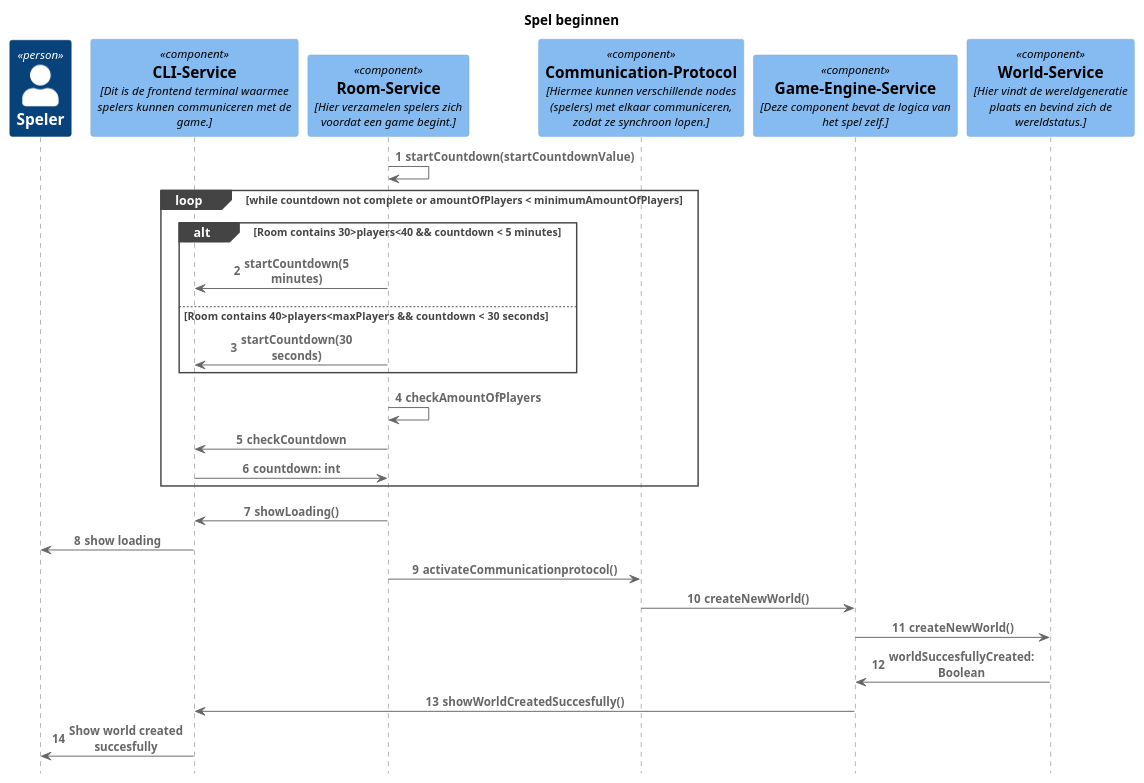
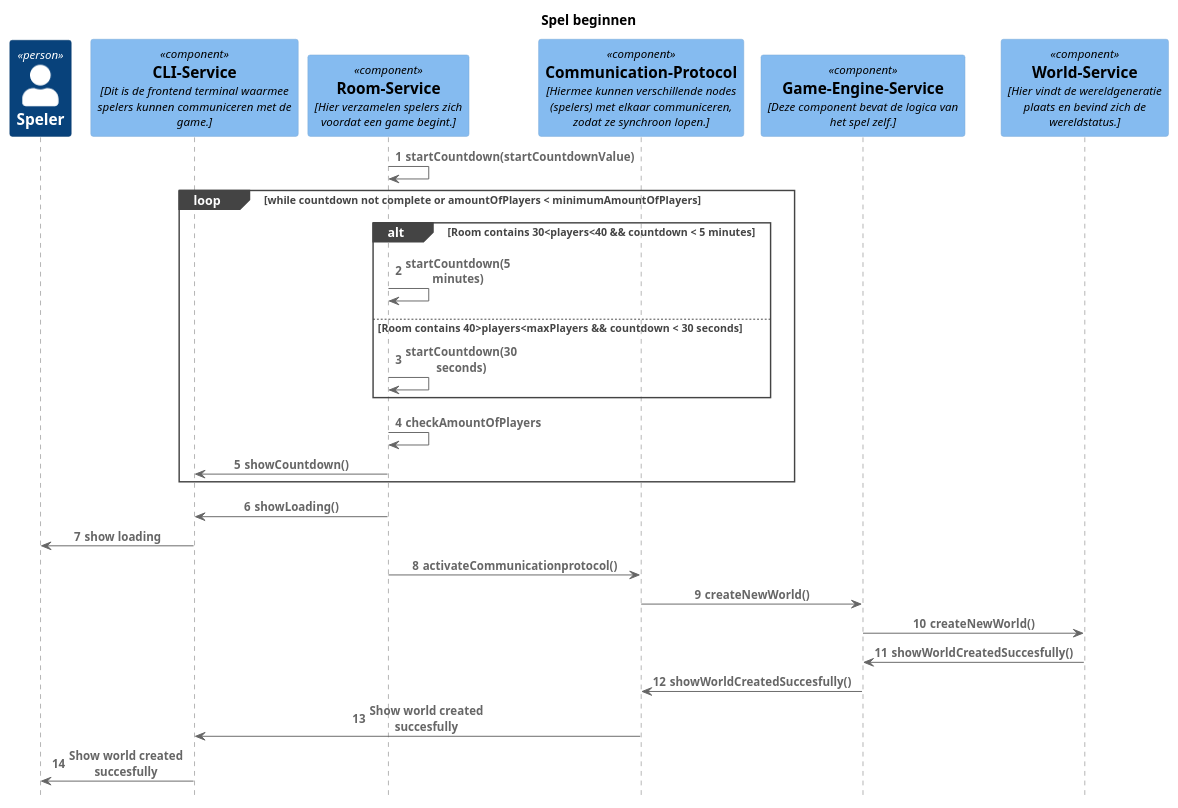
Before and after one commit to DaanBannaan/SAD-sequentie: the diagram in SpelBeginnen.puml, drawn with PlantUML.

Commit message:
aanpassen spelBeginnen aan top down

```diff
--- a/SpelBeginnen.puml
+++ b/SpelBeginnen.puml
@@ -1,62 +1,62 @@
 @startuml
 !include https://raw.githubusercontent.com/plantuml-stdlib/C4-PlantUML/master/C4_Sequence.puml
 
 autonumber
 
 'Person(user, "Speler")
 'Component(configuration, "Configuration-Service", "Hier kan het gedrag van een agent aangepast worden en kunnen nieuwe modules toegevoegd worden.")
 'Component(world, "World-Service", "Hier vindt de wereldgeneratie plaats en bevind zich de wereldstatus.")
 'Component(engine, "Game-Engine-Service", "Deze component bevat de logica van het spel zelf.")
 'Component(agent, "Agent-Service", "Deze component bevat de logica van een agent.")
 'Component(player, "Player-Service", "Deze component bevat de logica van een karakter.")
 'Component(monster, "Monster-Service", "Deze component bevat de logica van een monster.")
 'Component(save, "Save-and-Load-Service", "Deze component regelt het laden en opslaan van het spel.")
 'Component(communication, "Communication-Protocol", "Hiermee kunnen verschillende nodes (spelers) met elkaar communiceren, zodat ze synchroon lopen.")
 'Component(cli, "CLI-Service", "Dit is de frontend terminal waarmee spelers kunnen communiceren met de game.")
 'Component(chat, "Chat-Service", "Via dit component kunnen spelers met elkaar chatten.")
 'Component(logging, "Logging-Service", "Hier worden CPU gebruik, RAM gebruik, aantal spelers, netwerkvertraging, connecties, gevechten, agent-overnames, fouten en saves gelogd.")
 'Component(room, "Room-Service", "Hier verzamelen spelers zich voordat een game begint.")
 
 title Spel beginnen
 
 Person(user, "Speler")
 Component(cli, "CLI-Service", "Dit is de frontend terminal waarmee spelers kunnen communiceren met de game.")
 Component(room, "Room-Service", "Hier verzamelen spelers zich voordat een game begint.")
 Component(communication, "Communication-Protocol", "Hiermee kunnen verschillende nodes (spelers) met elkaar communiceren, zodat ze synchroon lopen.")
 Component(engine, "Game-Engine-Service", "Deze component bevat de logica van het spel zelf.")
 Component(world, "World-Service", "Hier vindt de wereldgeneratie plaats en bevind zich de wereldstatus.")
 
 Rel(room, room, "startCountdown(startCountdownValue)")
 loop while countdown not complete or amountOfPlayers < minimumAmountOfPlayers
 
-alt Room contains 30>players<40 && countdown < 5 minutes
-Rel(room, cli, "startCountdown(5 minutes)")
+alt Room contains 30<players<40 && countdown < 5 minutes
+Rel(room, room, "startCountdown(5 minutes)")
 else Room contains 40>players<maxPlayers  && countdown < 30 seconds
-Rel(room, cli, "startCountdown(30 seconds)")
+Rel(room, room, "startCountdown(30 seconds)")
 end
 Rel(room, room, "checkAmountOfPlayers")
-Rel(room, cli, "checkCountdown")
-Rel(cli, room, "countdown: int")
+Rel(room, cli, "showCountdown()")
 end loop
 
 Rel(room, cli, "showLoading()")
 Rel(cli, user, "show loading")
 Rel(room, communication, "activateCommunicationprotocol()")
 Rel(communication, engine, "createNewWorld()")
 Rel(engine, world, "createNewWorld()")
-Rel(world, engine, "worldSuccesfullyCreated: Boolean")
-Rel(engine, cli, "showWorldCreatedSuccesfully()")
+Rel(world, engine, "showWorldCreatedSuccesfully()")
+Rel(engine, communication, "showWorldCreatedSuccesfully()")
+Rel(communication, cli, "Show world created succesfully")
 Rel(cli, user, "Show world created succesfully")
 
 
 
 
 
 
 
 
 
 
 
 
 @enduml
```
